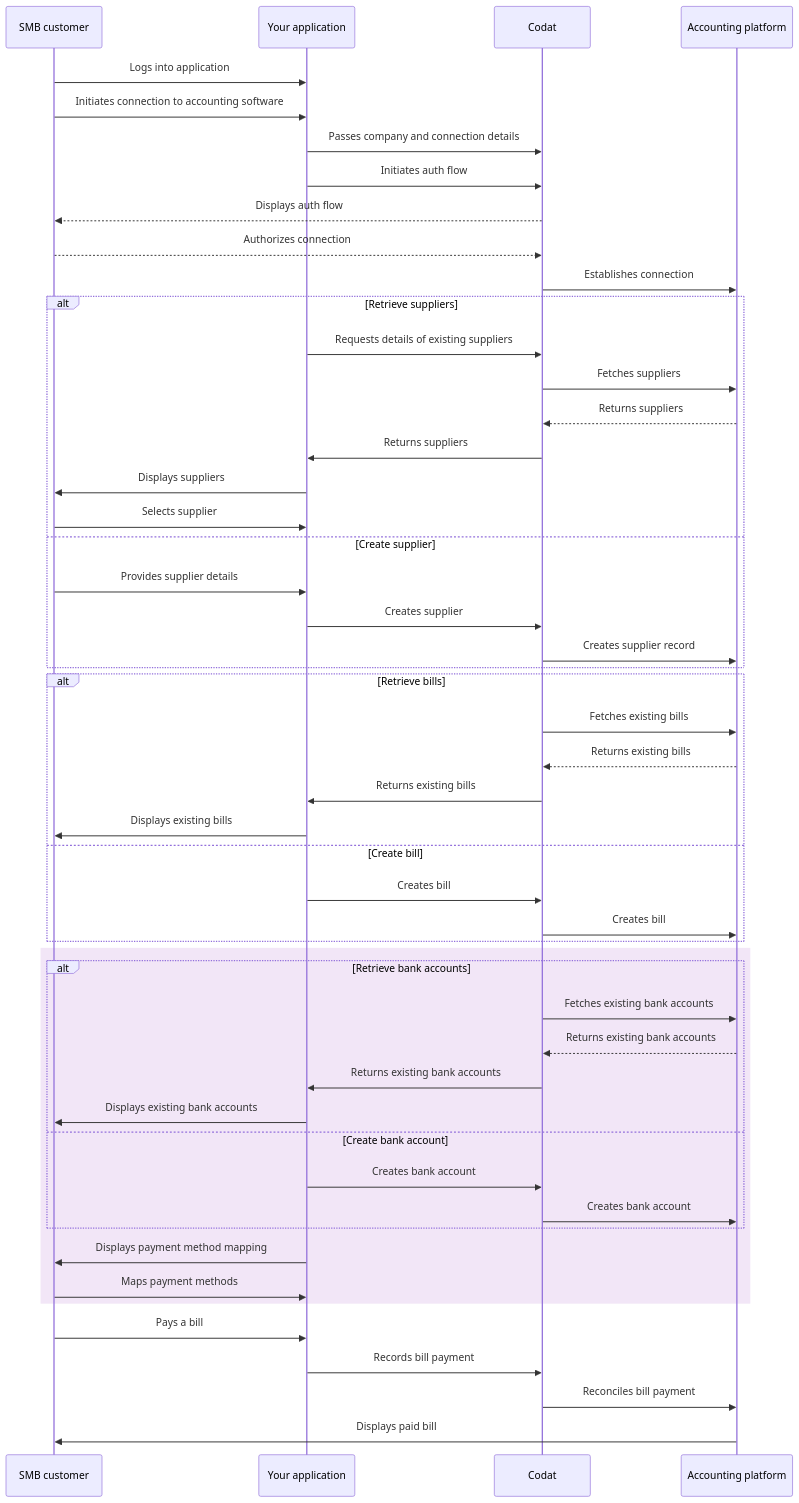
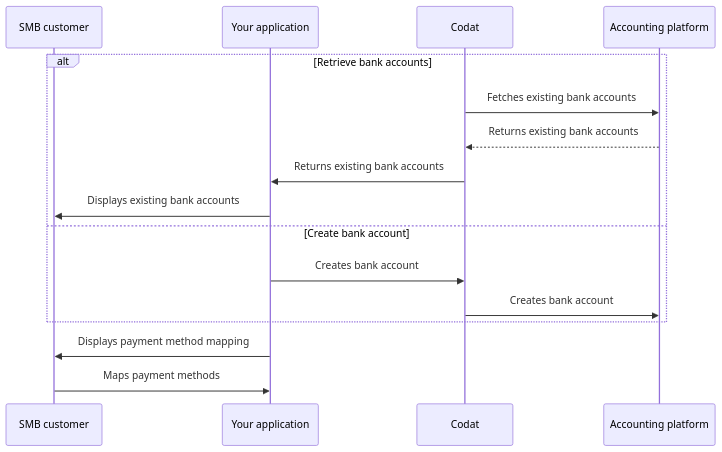
One commit to codatio/codat-docs changed the diagram in docs/payables/mapping.md. Above: the diagram before and after it, drawn with Mermaid. The commit also changed 8 other files, not shown here.

````diff
--- a/docs/payables/mapping.md
+++ b/docs/payables/mapping.md
@@ -20,59 +20,21 @@
 ```mermaid
 
   sequenceDiagram
       participant smb as SMB customer
       participant app as Your application 
       participant codat as Codat
       participant acctg as Accounting platform
       
-      smb ->> app: Logs into application
-      smb ->> app: Initiates connection to accounting software
-
-      app ->> codat: Passes company and connection details
-      app ->> codat: Initiates auth flow
-      codat -->> smb: Displays auth flow
-      smb -->> codat: Authorizes connection
-      codat ->> acctg: Establishes connection
-
-      alt Retrieve suppliers
-        app ->> codat: Requests details of existing suppliers
-        codat ->> acctg: Fetches suppliers
-        acctg -->> codat: Returns suppliers
-        codat ->> app: Returns suppliers
-        app ->> smb: Displays suppliers
-        smb ->> app: Selects supplier
-      else Create supplier
-        smb ->> app: Provides supplier details
-        app ->> codat: Creates supplier
-        codat ->> acctg: Creates supplier record
-      end
-
-      alt Retrieve bills
-        codat ->> acctg: Fetches existing bills
-        acctg -->> codat: Returns existing bills
-        codat ->> app: Returns existing bills
-        app ->> smb: Displays existing bills
-      else Create bill
-        app ->> codat: Creates bill
-        codat ->> acctg: Creates bill
-      end
-
-      rect rgb(242, 230, 247)  
       alt Retrieve bank accounts
         codat ->> acctg: Fetches existing bank accounts
         acctg -->> codat: Returns existing bank accounts
         codat ->> app: Returns existing bank accounts
         app ->> smb: Displays existing bank accounts
       else Create bank account
         app ->> codat: Creates bank account
         codat ->> acctg: Creates bank account
       end
       app ->> smb: Displays payment method mapping
       smb ->> app: Maps payment methods
-	  end
 
-      smb ->> app: Pays a bill
-      app ->> codat: Records bill payment
-      codat ->> acctg: Reconciles bill payment
-      acctg ->> smb: Displays paid bill
 ```
````
